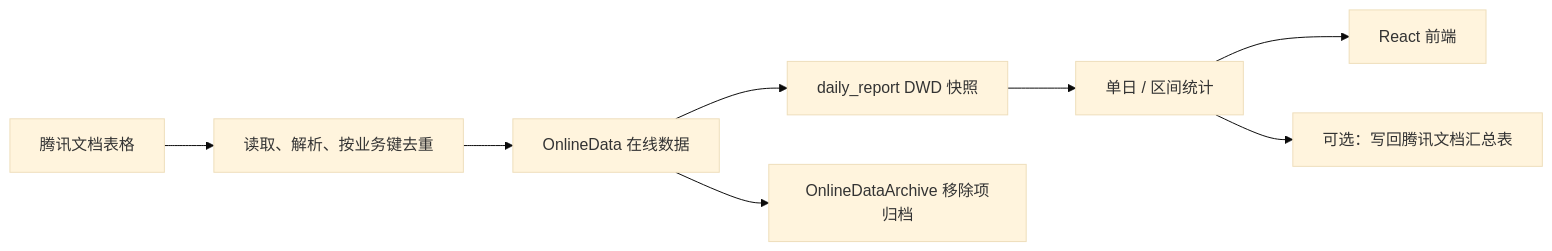
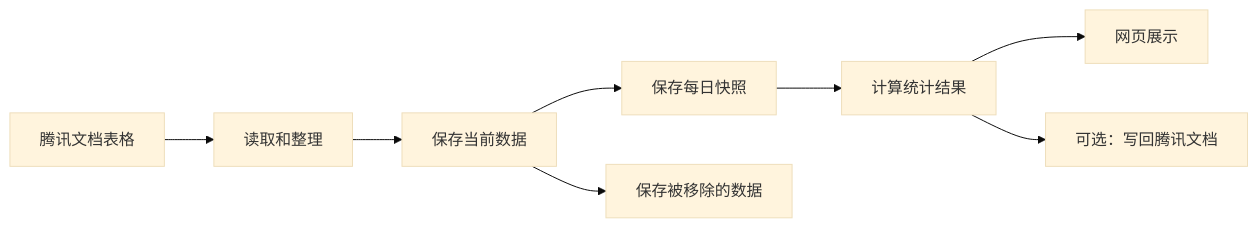
Before and after one commit to Healock/binhu: the diagram in docs/architecture.md, drawn with Mermaid (base theme). The commit also changed other lines of this file and 4 other files, not shown here.

````diff
--- a/docs/architecture.md
+++ b/docs/architecture.md
@@ -7,10 +14,10 @@
 ```mermaid
 flowchart LR
-    T["腾讯文档表格"] --> C["读取、解析、按业务键去重"]
-    C --> O["OnlineData 在线数据"]
-    O --> S["daily_report DWD 快照"]
-    O --> A["OnlineDataArchive 移除项归档"]
-    S --> R["单日 / 区间统计"]
-    R --> U["React 前端"]
-    R --> W["可选：写回腾讯文档汇总表"]
+    A["腾讯文档表格"] --> B["读取和整理"]
+    B --> C["保存当前数据"]
+    C --> D["保存每日快照"]
+    C --> E["保存被移除的数据"]
+    D --> F["计算统计结果"]
+    F --> G["网页展示"]
+    F --> H["可选：写回腾讯文档"]
 ```
````
